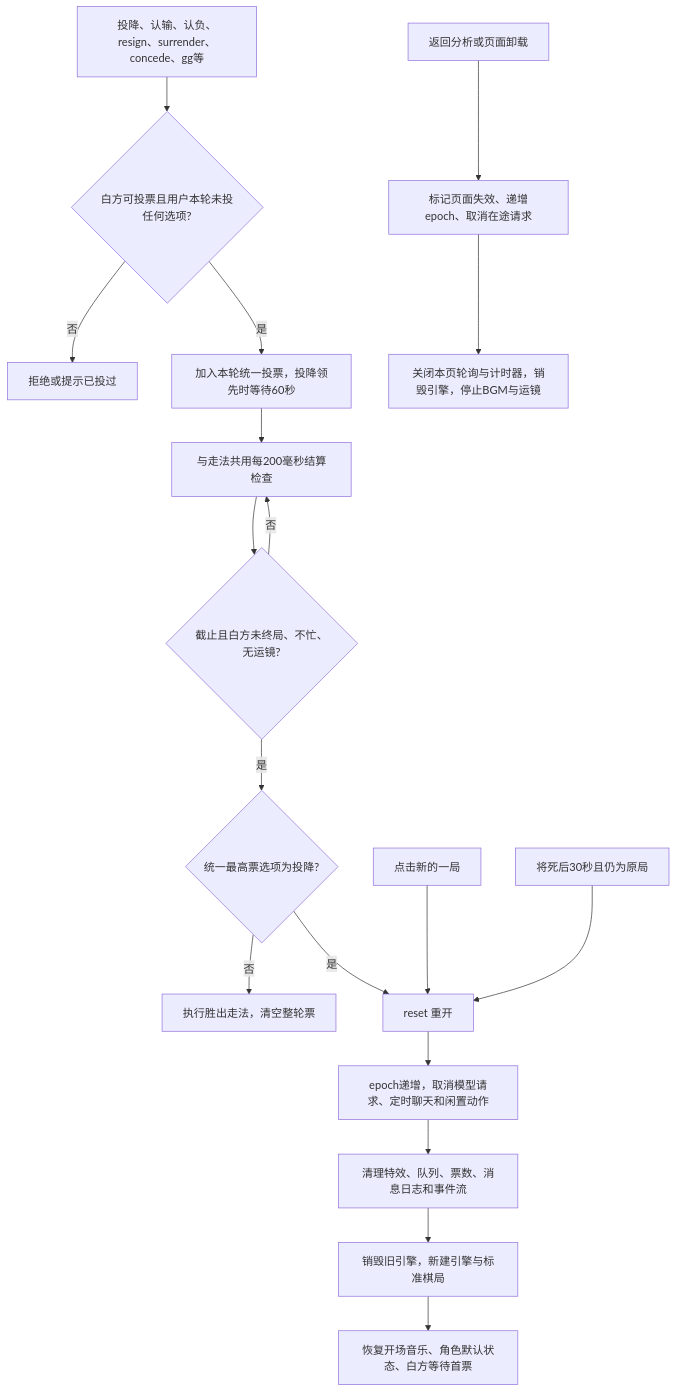
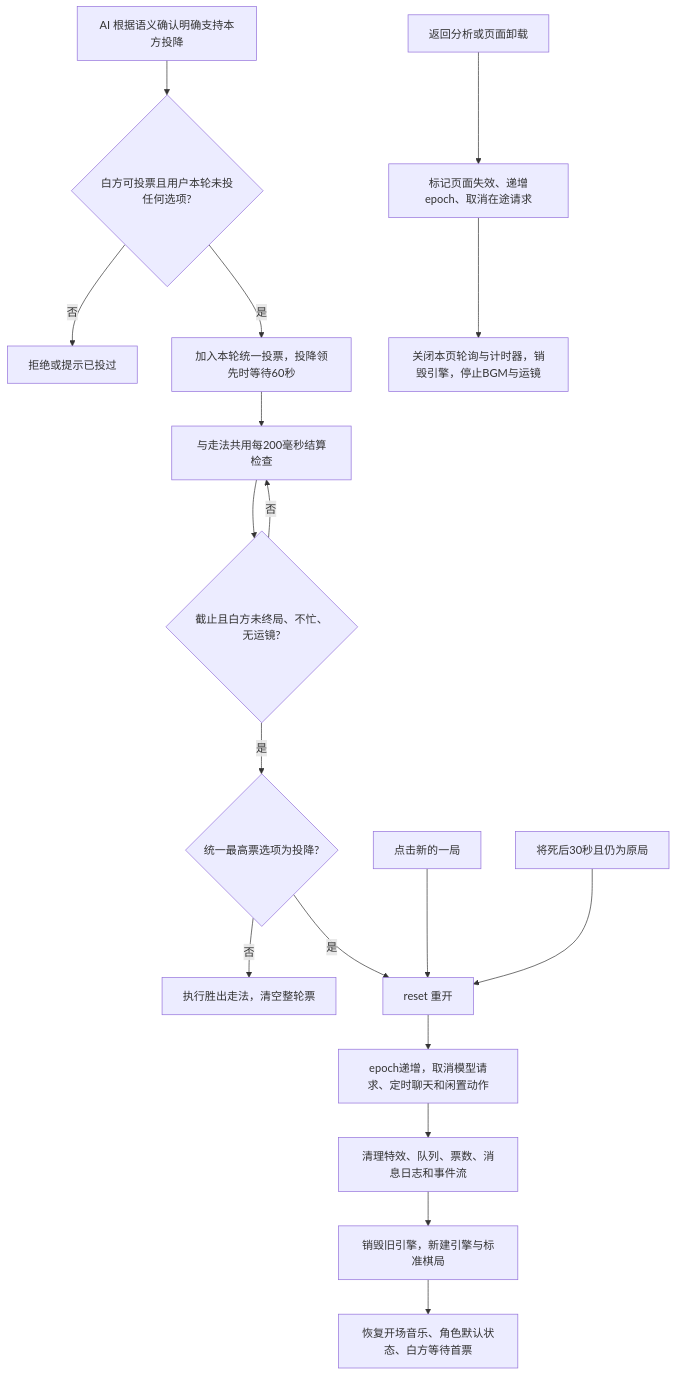
Diagram 11 of 11 in docs/live-module-flow.md (kingshottmacrowskice-source/ChessClass), drawn with Mermaid before and after one commit. The commit also changed other lines of this file and 22 other files, not shown here.

````diff
--- a/docs/live-module-flow.md
+++ b/docs/live-module-flow.md
@@ -401,20 +401,20 @@
 ```mermaid
 flowchart TD
-    A[投降、认输、认负、resign、surrender、concede、gg等] --> B{白方可投票且用户本轮未投任何选项?}
+    A[AI 根据语义确认明确支持本方投降] --> B{白方可投票且用户本轮未投任何选项?}
     B -->|否| C[拒绝或提示已投过]
     B -->|是| D[加入本轮统一投票，投降领先时等待60秒]
     D --> E[与走法共用每200毫秒结算检查]
     E --> F{截止且白方未终局、不忙、无运镜?}
     F -->|否| E
     F -->|是| I{统一最高票选项为投降?}
     I -->|否| J[执行胜出走法，清空整轮票]
     I -->|是| K[reset 重开]
     L[点击新的一局] --> K
     M[将死后30秒且仍为原局] --> K
     K --> N[epoch递增，取消模型请求、定时聊天和闲置动作]
     N --> O[清理特效、队列、票数、消息日志和事件流]
     O --> P[销毁旧引擎，新建引擎与标准棋局]
     P --> Q[恢复开场音乐、角色默认状态、白方等待首票]
     R[返回分析或页面卸载] --> S[标记页面失效、递增epoch、取消在途请求]
     S --> T[关闭本页轮询与计时器，销毁引擎，停止BGM与运镜]
 ```
````
